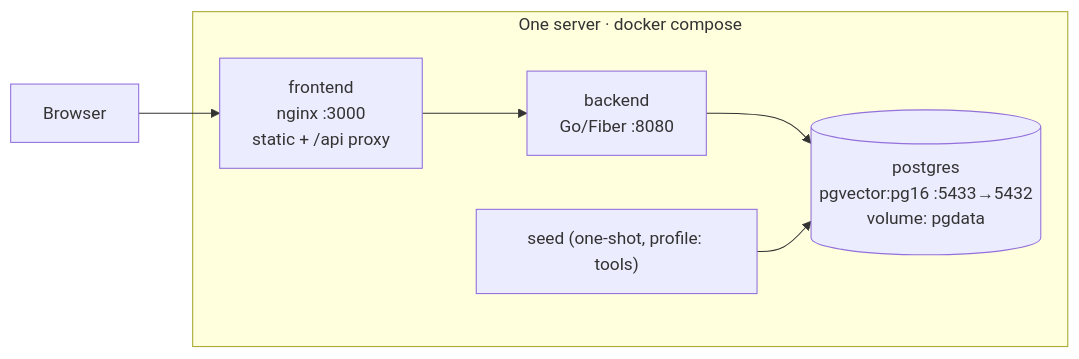
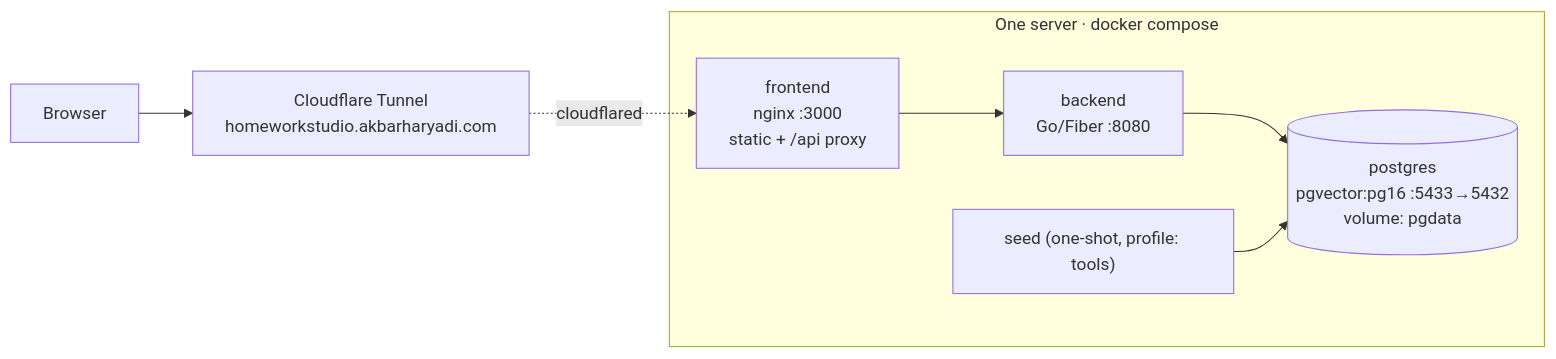
Before and after one commit to akbarharyadi/homework-studio: the eighth of 8 diagrams in docs/TECHNICAL.md, drawn with Mermaid. The commit also changed other lines of this file and 17 other files, not shown here.

````diff
--- a/docs/TECHNICAL.md
+++ b/docs/TECHNICAL.md
@@ -460,11 +471,11 @@
 ```mermaid
 flowchart LR
     subgraph Host["One server · docker compose"]
         FE["frontend<br/>nginx :3000<br/>static + /api proxy"]
         BE["backend<br/>Go/Fiber :8080"]
         PGc[("postgres<br/>pgvector:pg16 :5433→5432<br/>volume: pgdata")]
         SEED["seed (one-shot, profile: tools)"]
     end
-    Browser --> FE --> BE --> PGc
+    Browser --> CF["Cloudflare Tunnel<br/>homeworkstudio.akbarharyadi.com"] -. cloudflared .-> FE --> BE --> PGc
     SEED --> PGc
 ```
````
